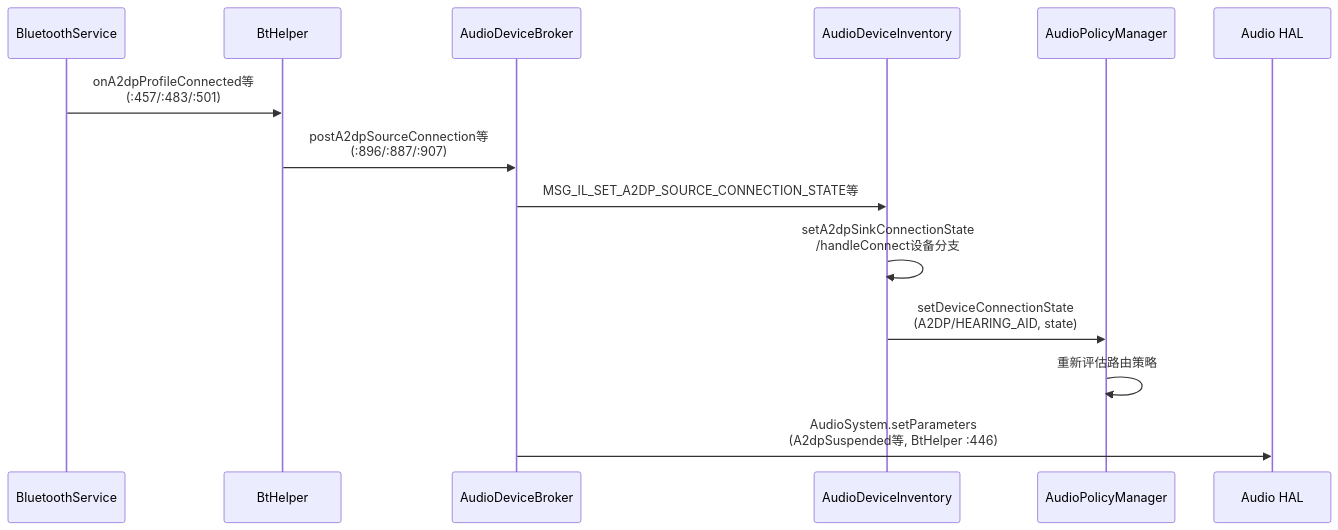
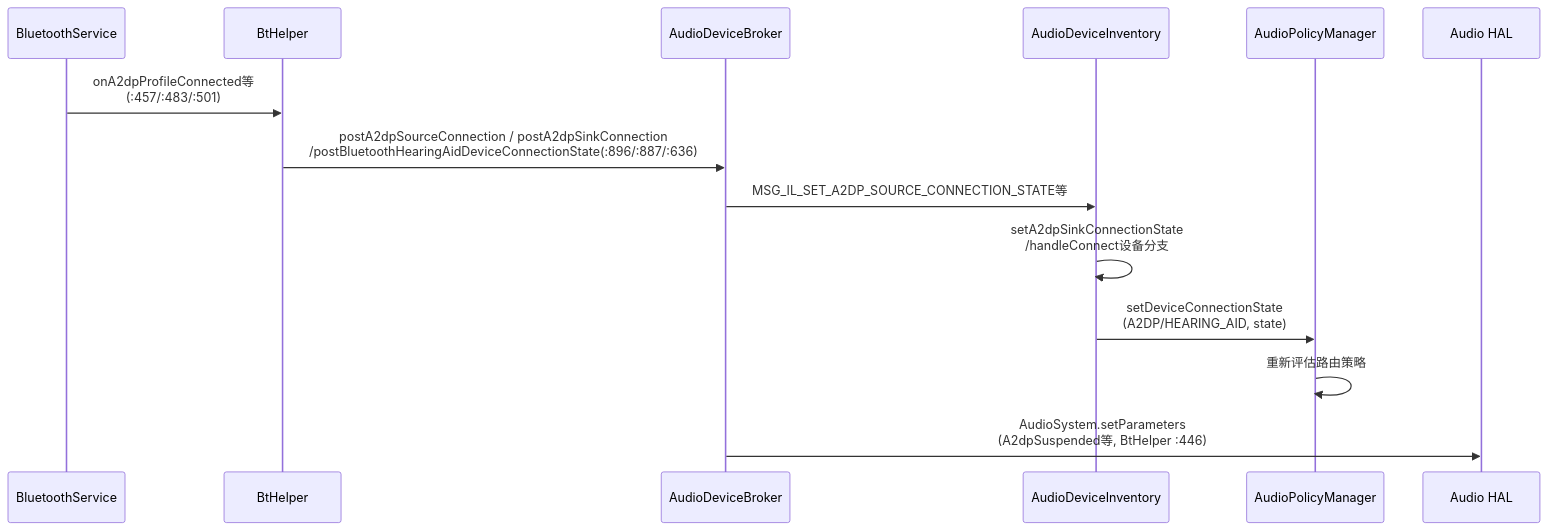
One commit to yanglinzhen1022/SA8295_AAOS_QNX_Audio_KnowledgeBase changed the third of 3 diagrams in 14_Bluetooth_Audio/14_14.6_蓝牙音频设备与AudioDeviceBroker交互.md. Above: the diagram before and after it, drawn with Mermaid. The commit also changed other lines of this file and 10 other files, not shown here.

````diff
--- a/14_Bluetooth_Audio/14_14.6_蓝牙音频设备与AudioDeviceBroker交互.md
+++ b/14_Bluetooth_Audio/14_14.6_蓝牙音频设备与AudioDeviceBroker交互.md
@@ -148,17 +149,17 @@
 ```mermaid
 sequenceDiagram
     participant BT as BluetoothService
     participant BTH as BtHelper
     participant ADB as AudioDeviceBroker
     participant ADI as AudioDeviceInventory
     participant APM as AudioPolicyManager
     participant HAL as Audio HAL
 
     BT->>BTH: onA2dpProfileConnected等<br>(:457/:483/:501)
-    BTH->>ADB: postA2dpSourceConnection等<br>(:896/:887/:907)
+    BTH->>ADB: postA2dpSourceConnection / postA2dpSinkConnection<br>/postBluetoothHearingAidDeviceConnectionState(:896/:887/:636)
     ADB->>ADI: MSG_IL_SET_A2DP_SOURCE_CONNECTION_STATE等
     ADI->>ADI: setA2dpSinkConnectionState<br>/handleConnect设备分支
     ADI->>APM: setDeviceConnectionState<br>(A2DP/HEARING_AID, state)
     APM->>APM: 重新评估路由策略
     ADB->>HAL: AudioSystem.setParameters<br>(A2dpSuspended等, BtHelper :446)
 ```
````
